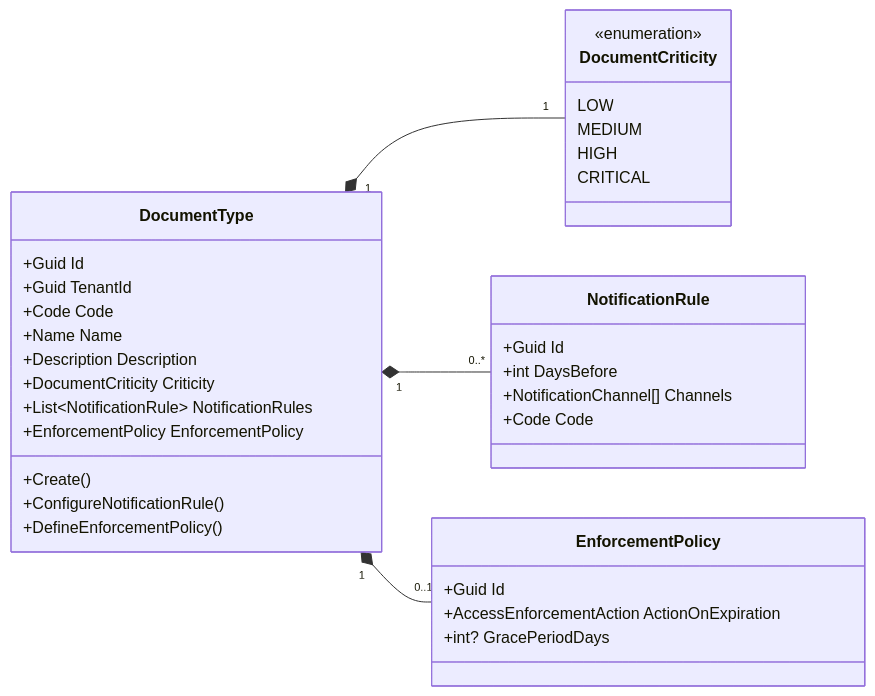
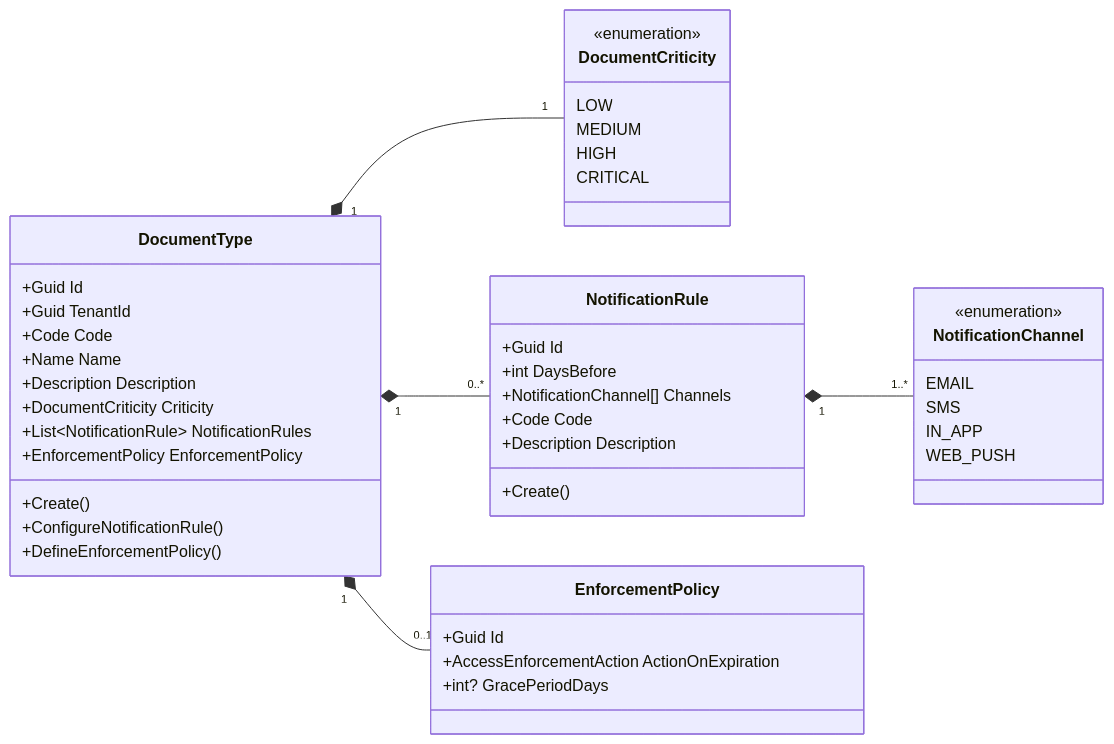
Before and after one commit to beyondnetcode/ums: the first of 3 diagrams in docs/domain-es/approvals/document-type.md, drawn with Mermaid. The commit also changed other lines of this file and 19 other files, not shown here.

````diff
--- a/docs/domain-es/approvals/document-type.md
+++ b/docs/domain-es/approvals/document-type.md
@@ -87,38 +99,48 @@
 ```mermaid
 classDiagram
     direction LR
     class DocumentType {
         +Guid Id
         +Guid TenantId
         +Code Code
         +Name Name
         +Description Description
         +DocumentCriticity Criticity
         +List~NotificationRule~ NotificationRules
         +EnforcementPolicy EnforcementPolicy
         +Create()
         +ConfigureNotificationRule()
         +DefineEnforcementPolicy()
     }
     class DocumentCriticity {
         <<enumeration>>
         LOW
         MEDIUM
         HIGH
         CRITICAL
     }
     class NotificationRule {
         +Guid Id
         +int DaysBefore
         +NotificationChannel[] Channels
         +Code Code
+        +Description Description
+        +Create()
+    }
+    class NotificationChannel {
+        <<enumeration>>
+        EMAIL
+        SMS
+        IN_APP
+        WEB_PUSH
     }
     class EnforcementPolicy {
         +Guid Id
         +AccessEnforcementAction ActionOnExpiration
         +int? GracePeriodDays
     }
     DocumentType "1" *-- "1" DocumentCriticity
     DocumentType "1" *-- "0..*" NotificationRule
     DocumentType "1" *-- "0..1" EnforcementPolicy
+    NotificationRule "1" *-- "1..*" NotificationChannel
 ```
````
